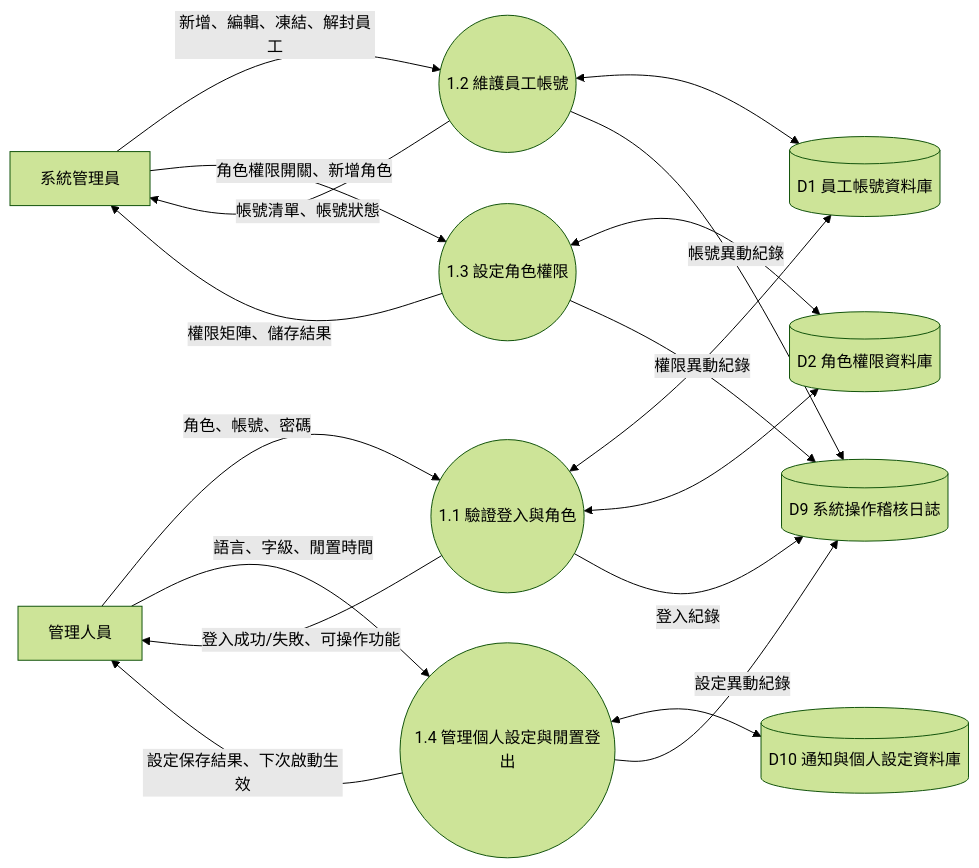
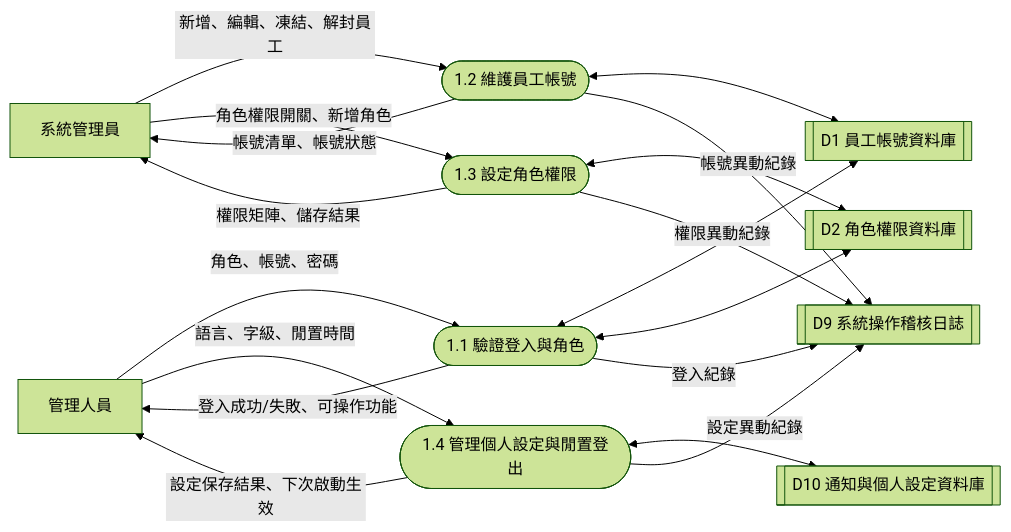
Before and after one commit to benson927/LINE_FARM: the fourth of 9 diagrams in docs/dfd-diagrams.md, drawn with Mermaid (forest theme). The commit also changed other lines of this file, not shown here.

Commit message:
Update DFD diagram notation style

````diff
--- a/docs/dfd-diagrams.md
+++ b/docs/dfd-diagrams.md
@@ -178,34 +187,34 @@
 ```mermaid
 flowchart LR
   Admin[系統管理員]
   Staff[管理人員]
-  P11((1.1 驗證登入與角色))
-  P12((1.2 維護員工帳號))
-  P13((1.3 設定角色權限))
-  P14((1.4 管理個人設定與閒置登出))
-  D1[(D1 員工帳號資料庫)]
-  D2[(D2 角色權限資料庫)]
-  D9[(D9 系統操作稽核日誌)]
-  D10[(D10 通知與個人設定資料庫)]
+  P11([1.1 驗證登入與角色])
+  P12([1.2 維護員工帳號])
+  P13([1.3 設定角色權限])
+  P14([1.4 管理個人設定與閒置登出])
+  D1[[D1 員工帳號資料庫]]
+  D2[[D2 角色權限資料庫]]
+  D9[[D9 系統操作稽核日誌]]
+  D10[[D10 通知與個人設定資料庫]]
 
   Staff -->|角色、帳號、密碼| P11
   P11 <--> D1
   P11 <--> D2
   P11 -->|登入成功/失敗、可操作功能| Staff
   P11 -->|登入紀錄| D9
 
   Admin -->|新增、編輯、凍結、解封員工| P12
   P12 <--> D1
   P12 -->|帳號清單、帳號狀態| Admin
   P12 -->|帳號異動紀錄| D9
 
   Admin -->|角色權限開關、新增角色| P13
   P13 <--> D2
   P13 -->|權限矩陣、儲存結果| Admin
   P13 -->|權限異動紀錄| D9
 
   Staff -->|語言、字級、閒置時間| P14
   P14 <--> D10
   P14 -->|設定保存結果、下次啟動生效| Staff
   P14 -->|設定異動紀錄| D9
 ```
````
